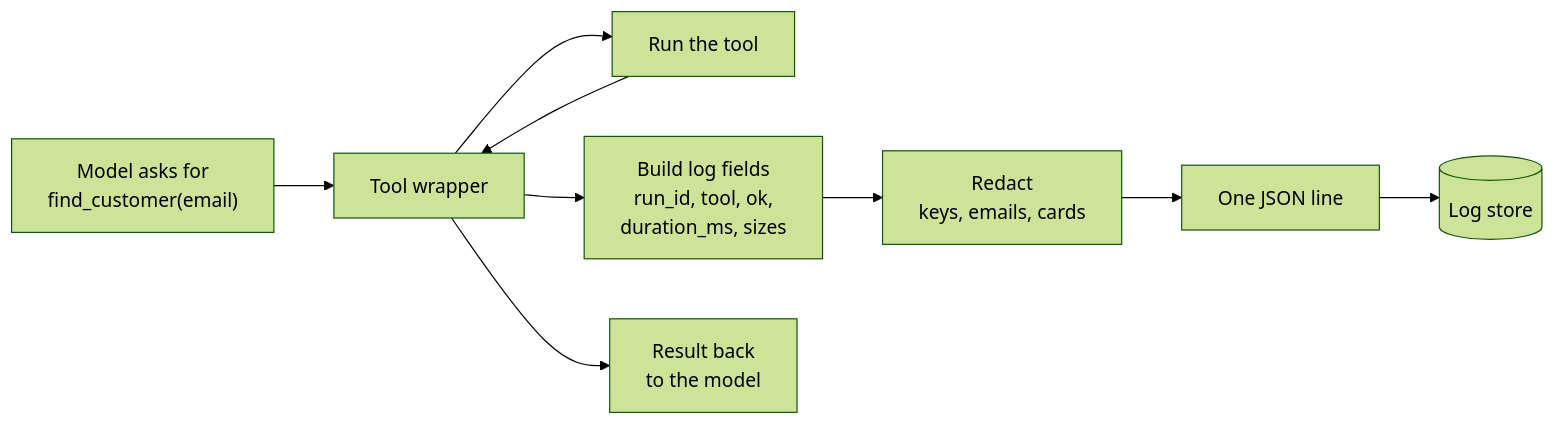
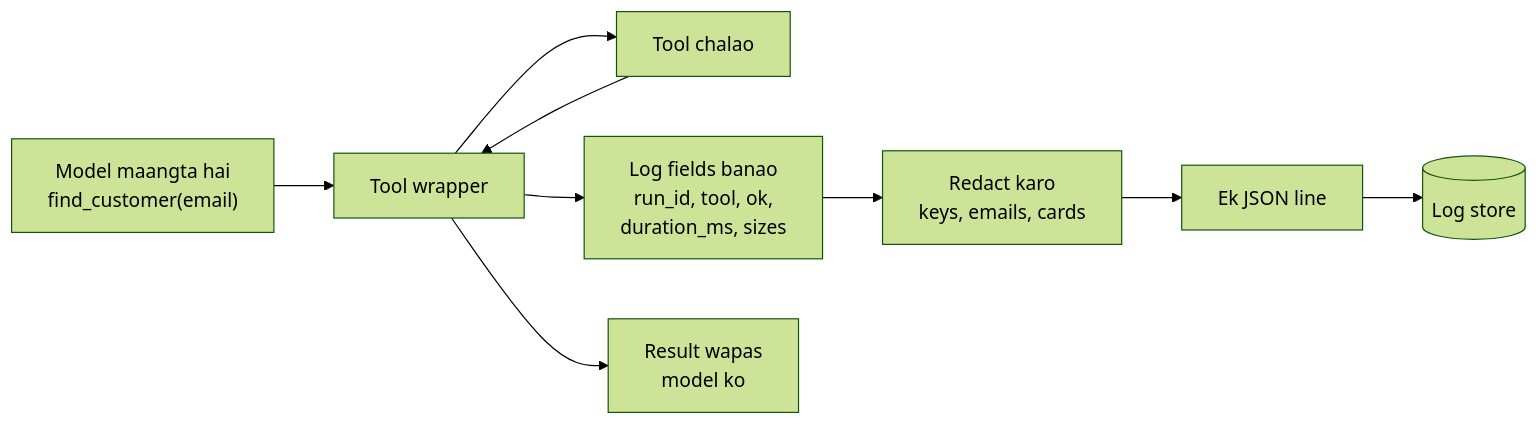
Before and after one commit to asmustechno/agentic-ai-notes: the diagram in docs/14-observability-and-debugging/14.2-logging-tool-calls.md, drawn with Mermaid (forest theme). The commit also changed other lines of this file and 135 other files, not shown here.

````diff
--- a/docs/14-observability-and-debugging/14.2-logging-tool-calls.md
+++ b/docs/14-observability-and-debugging/14.2-logging-tool-calls.md
@@ -52,11 +52,11 @@
 ```mermaid
 flowchart LR
-    M["Model asks for<br/>find_customer(email)"] --> W["Tool wrapper"]
-    W --> T["Run the tool"]
+    M["Model maangta hai<br/>find_customer(email)"] --> W["Tool wrapper"]
+    W --> T["Tool chalao"]
     T --> W
-    W --> F["Build log fields<br/>run_id, tool, ok,<br/>duration_ms, sizes"]
-    F --> R["Redact<br/>keys, emails, cards"]
-    R --> J["One JSON line"]
+    W --> F["Log fields banao<br/>run_id, tool, ok,<br/>duration_ms, sizes"]
+    F --> R["Redact karo<br/>keys, emails, cards"]
+    R --> J["Ek JSON line"]
     J --> S[("Log store")]
-    W --> B["Result back<br/>to the model"]
+    W --> B["Result wapas<br/>model ko"]
 ```
````
